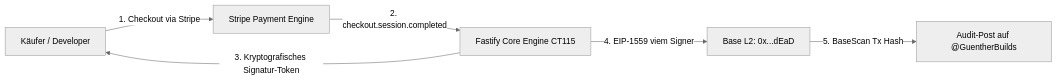
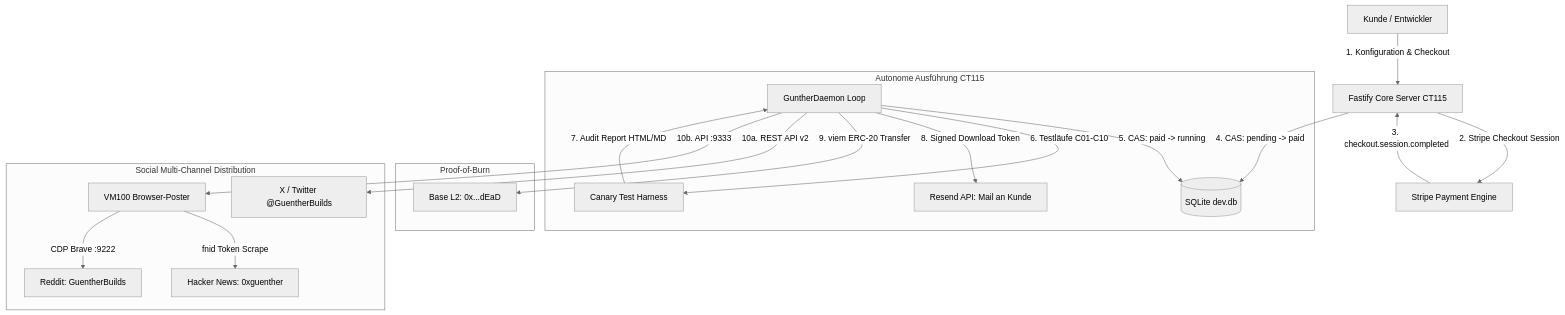
The first of 2 diagrams in docs/SYSTEM_DOKUMENTATION.md (0xguenther/GuentherBuilds), drawn with Mermaid (neutral theme) before and after one commit. The commit also changed other lines of this file and 8 other files, not shown here.

Commit message:
docs: synchronize complete system documentation with production architecture and launch state

````diff
--- a/docs/SYSTEM_DOKUMENTATION.md
+++ b/docs/SYSTEM_DOKUMENTATION.md
@@ -24,8 +28,25 @@
 ```mermaid
-flowchart LR
-    Kunde[Käufer / Developer] -->|1. Checkout via Stripe| Stripe[Stripe Payment Engine]
-    Stripe -->|2. checkout.session.completed| Guenther[Fastify Core Engine CT115]
-    Guenther -->|3. Kryptografisches Signatur-Token| Kunde
-    Guenther -->|4. EIP-1559 viem Signer| Base[Base L2: 0x...dEaD]
-    Base -->|5. BaseScan Tx Hash| XPost[Audit-Post auf @GuentherBuilds]
+flowchart TD
+    Client[Kunde / Entwickler] -->|1. Konfiguration & Checkout| Fastify[Fastify Core Server CT115]
+    Fastify -->|2. Stripe Checkout Session| Stripe[Stripe Payment Engine]
+    Stripe -->|3. checkout.session.completed| Fastify
+    Fastify -->|4. CAS: pending -> paid| DB[(SQLite dev.db)]
+    
+    subgraph Execution [Autonome Ausführung CT115]
+        Daemon[GuntherDaemon Loop] -->|5. CAS: paid -> running| DB
+        Daemon -->|6. Testläufe C01-C10| Canary[Canary Test Harness]
+        Canary -->|7. Audit Report HTML/MD| Daemon
+        Daemon -->|8. Signed Download Token| Mail[Resend API: Mail an Kunde]
+    end
+    
+    subgraph OnChain [Proof-of-Burn]
+        Daemon -->|9. viem ERC-20 Transfer| Base[Base L2: 0x...dEaD]
+    end
+    
+    subgraph Distribution [Social Multi-Channel Distribution]
+        Daemon -->|10a. REST API v2| X[X / Twitter @GuentherBuilds]
+        Daemon -->|10b. API :9333| VM100[VM100 Browser-Poster]
+        VM100 -->|fnid Token Scrape| HN[Hacker News: 0xguenther]
+        VM100 -->|CDP Brave :9222| Reddit[Reddit: GuentherBuilds]
+    end
 ```
````
